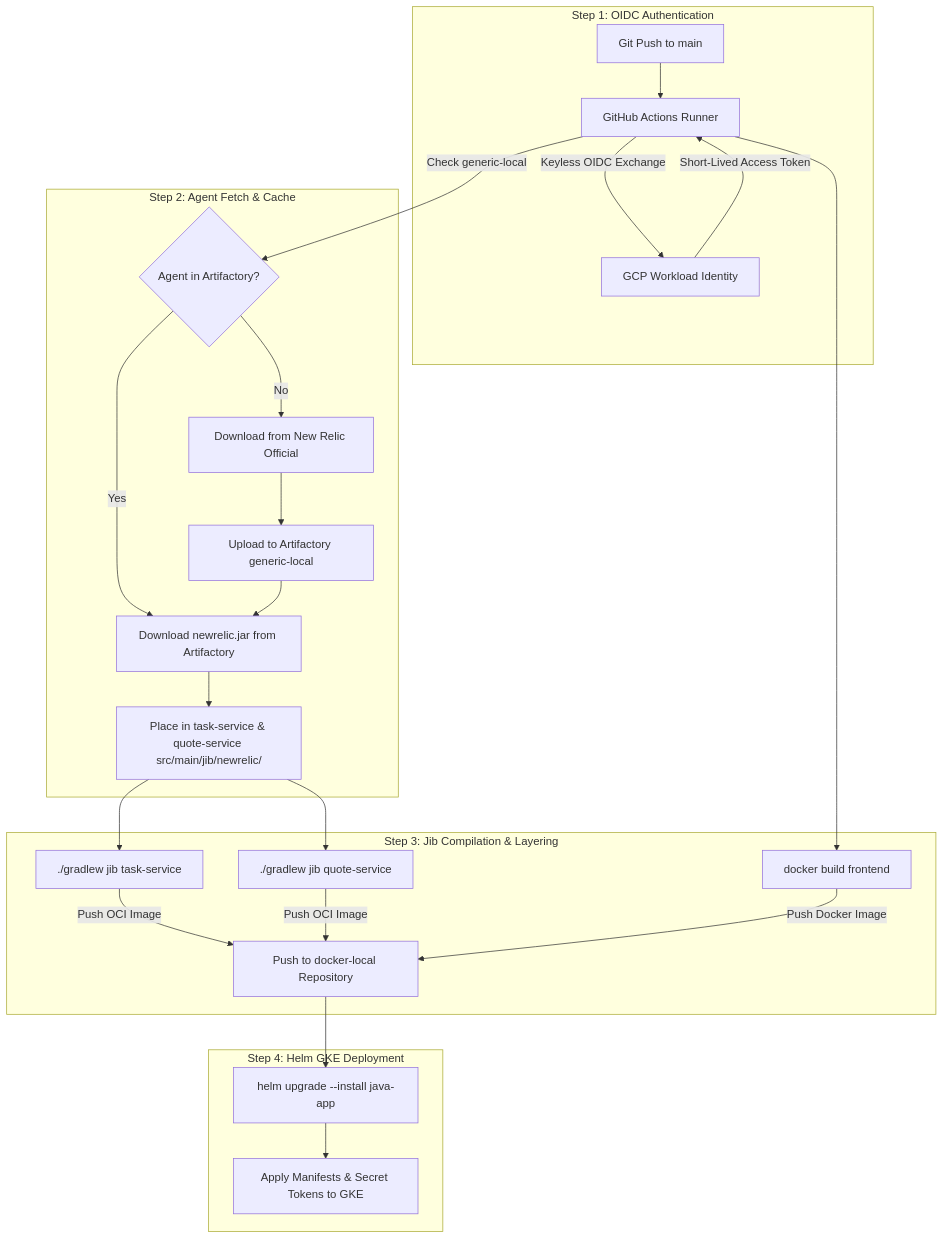
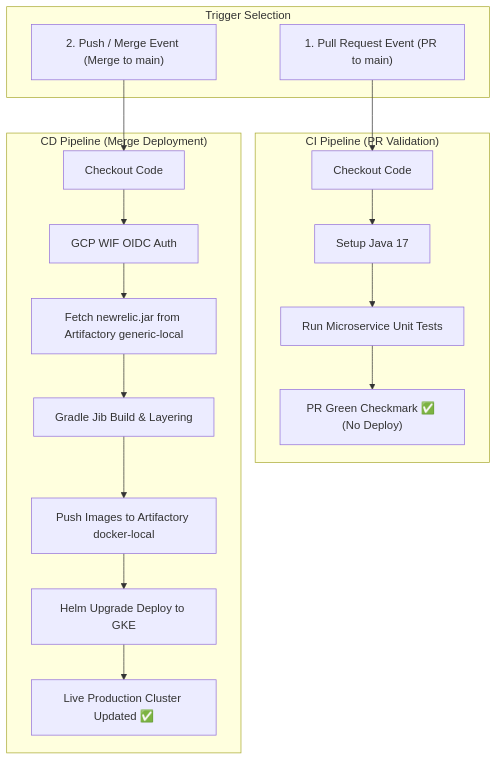
The fourth of 7 diagrams in docs/master_architecture_guide.md (amitpandey1992/java-gke-cicd), drawn with Mermaid before and after one commit. The commit also changed other lines of this file and 1 other file, not shown here.

Commit message:
feat: implement PR-driven CI/CD workflow and update all architecture guides

````diff
--- a/docs/master_architecture_guide.md
+++ b/docs/master_architecture_guide.md
@@ -170,32 +173,24 @@
 ```mermaid
 flowchart TD
-    subgraph Step1 ["Step 1: OIDC Authentication"]
-        git_push[Git Push to main] --> runner[GitHub Actions Runner]
-        runner -->|Keyless OIDC Exchange| wif[GCP Workload Identity]
-        wif -->|Short-Lived Access Token| runner
+    subgraph TriggerType ["Trigger Selection"]
+        pr_event["1. Pull Request Event (PR to main)"]
+        push_event["2. Push / Merge Event (Merge to main)"]
     end
 
-    subgraph Step2 ["Step 2: Agent Fetch & Cache"]
-        runner -->|Check generic-local| art_check{Agent in Artifactory?}
-        art_check -- Yes --> download_art[Download newrelic.jar from Artifactory]
-        art_check -- No --> download_nr[Download from New Relic Official]
-        download_nr --> upload_art[Upload to Artifactory generic-local]
-        upload_art --> download_art
-        download_art --> place_jib[Place in task-service & quote-service src/main/jib/newrelic/]
+    subgraph CIPipeline ["CI Pipeline (PR Validation)"]
+        pr_event --> checkout1[Checkout Code]
+        checkout1 --> java_setup1[Setup Java 17]
+        java_setup1 --> unit_tests[Run Microservice Unit Tests]
+        unit_tests --> pr_success["PR Green Checkmark ✅ (No Deploy)"]
     end
 
-    subgraph Step3 ["Step 3: Jib Compilation & Layering"]
-        place_jib --> jib_task[./gradlew jib task-service]
-        place_jib --> jib_quote[./gradlew jib quote-service]
-        runner --> docker_fe[docker build frontend]
-        
-        jib_task -->|Push OCI Image| art_docker[Push to docker-local Repository]
-        jib_quote -->|Push OCI Image| art_docker
-        docker_fe -->|Push Docker Image| art_docker
-    end
-
-    subgraph Step4 ["Step 4: Helm GKE Deployment"]
-        art_docker --> helm_deploy[helm upgrade --install java-app]
-        helm_deploy --> gke_apply[Apply Manifests & Secret Tokens to GKE]
+    subgraph CDPipeline ["CD Pipeline (Merge Deployment)"]
+        push_event --> checkout2[Checkout Code]
+        checkout2 --> wif[GCP WIF OIDC Auth]
+        wif --> fetch_nr[Fetch newrelic.jar from Artifactory generic-local]
+        fetch_nr --> jib_build[Gradle Jib Build & Layering]
+        jib_build --> art_push[Push Images to Artifactory docker-local]
+        art_push --> helm_deploy[Helm Upgrade Deploy to GKE]
+        helm_deploy --> live_update["Live Production Cluster Updated ✅"]
     end
 ```
````
